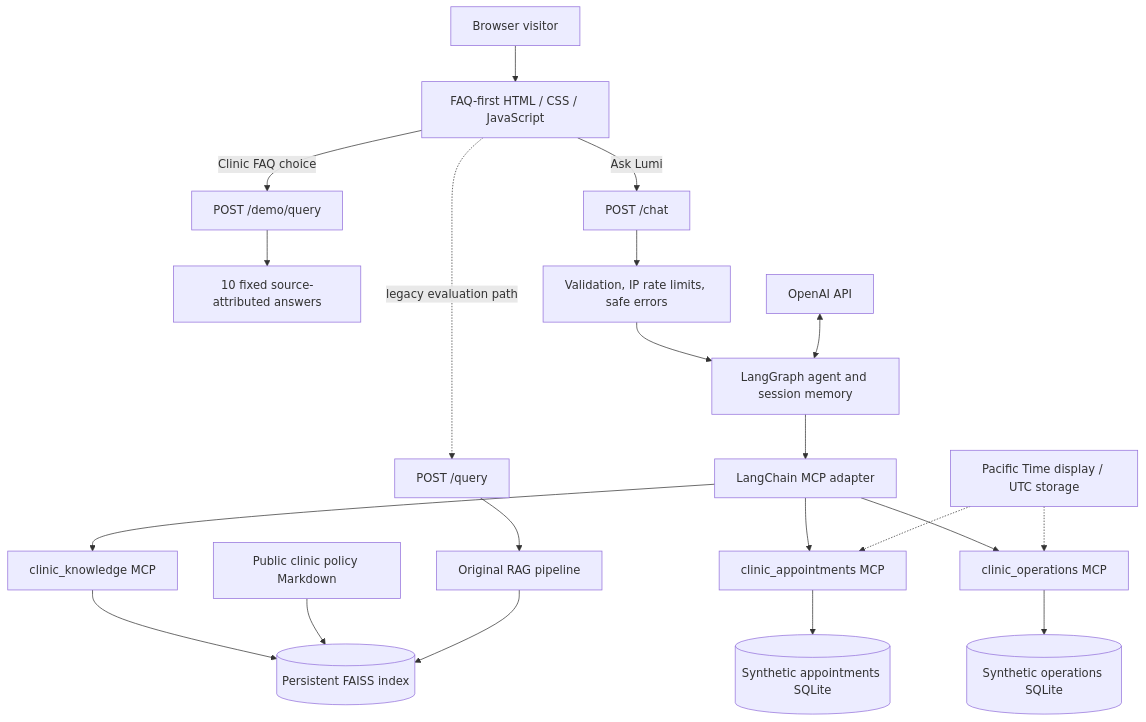
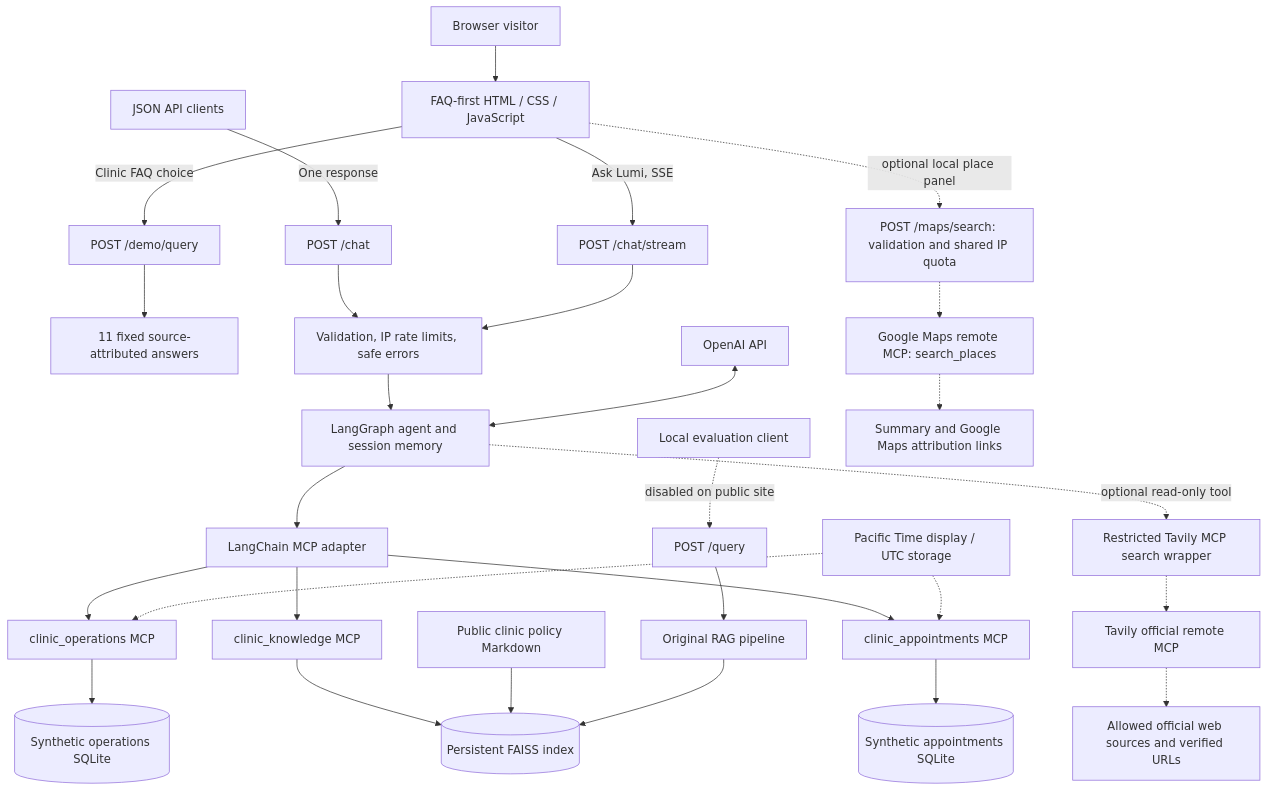
One commit to beelleed/intelligent-clinic-platform changed the diagram in README.md. Above: the diagram before and after it, drawn with Mermaid. The commit also changed other lines of this file and 44 other files, not shown here.

Commit message:
Add Lumi resource search, refreshed UI, and reliability improvements

````diff
--- a/README.md
+++ b/README.md
@@ -84,29 +174,38 @@
 ```mermaid
 flowchart TB
     Visitor[Browser visitor] --> UI[FAQ-first HTML / CSS / JavaScript]
 
     UI -->|Clinic FAQ choice| Demo[POST /demo/query]
-    Demo --> FAQ[10 fixed source-attributed answers]
+    Demo --> FAQ[11 fixed source-attributed answers]
 
-    UI -->|Ask Lumi| Chat[POST /chat]
+    UI -->|Ask Lumi, SSE| Chat[POST /chat/stream]
+    JSON[JSON API clients] -->|One response| ChatJSON[POST /chat]
+    ChatJSON --> Guard
     Chat --> Guard[Validation, IP rate limits, safe errors]
     Guard --> Agent[LangGraph agent and session memory]
     OpenAI[OpenAI API] <--> Agent
     Agent --> Adapter[LangChain MCP adapter]
 
     Adapter --> Ops[clinic_operations MCP]
     Adapter --> Knowledge[clinic_knowledge MCP]
     Adapter --> Appointments[clinic_appointments MCP]
 
     Ops --> OpsDB[(Synthetic operations SQLite)]
     Knowledge --> FAISS[(Persistent FAISS index)]
     Policies[Public clinic policy Markdown] --> FAISS
     Appointments --> ApptDB[(Synthetic appointments SQLite)]
 
-    UI -. legacy evaluation path .-> Query[POST /query]
+    LocalClient[Local evaluation client] -. disabled on public site .-> Query[POST /query]
     Query --> RAG[Original RAG pipeline]
     RAG --> FAISS
 
     Clock[Pacific Time display / UTC storage] -.-> Ops
     Clock -.-> Appointments
+
+    UI -. optional local place panel .-> MapsGuard[POST /maps/search: validation and shared IP quota]
+    MapsGuard -.-> MapsMCP[Google Maps remote MCP: search_places]
+    MapsMCP -.-> MapsResult[Summary and Google Maps attribution links]
+    Agent -. optional read-only tool .-> ExternalSearch[Restricted Tavily MCP search wrapper]
+    ExternalSearch -.-> Tavily[Tavily official remote MCP]
+    Tavily -.-> Official[Allowed official web sources and verified URLs]
 ```
````
